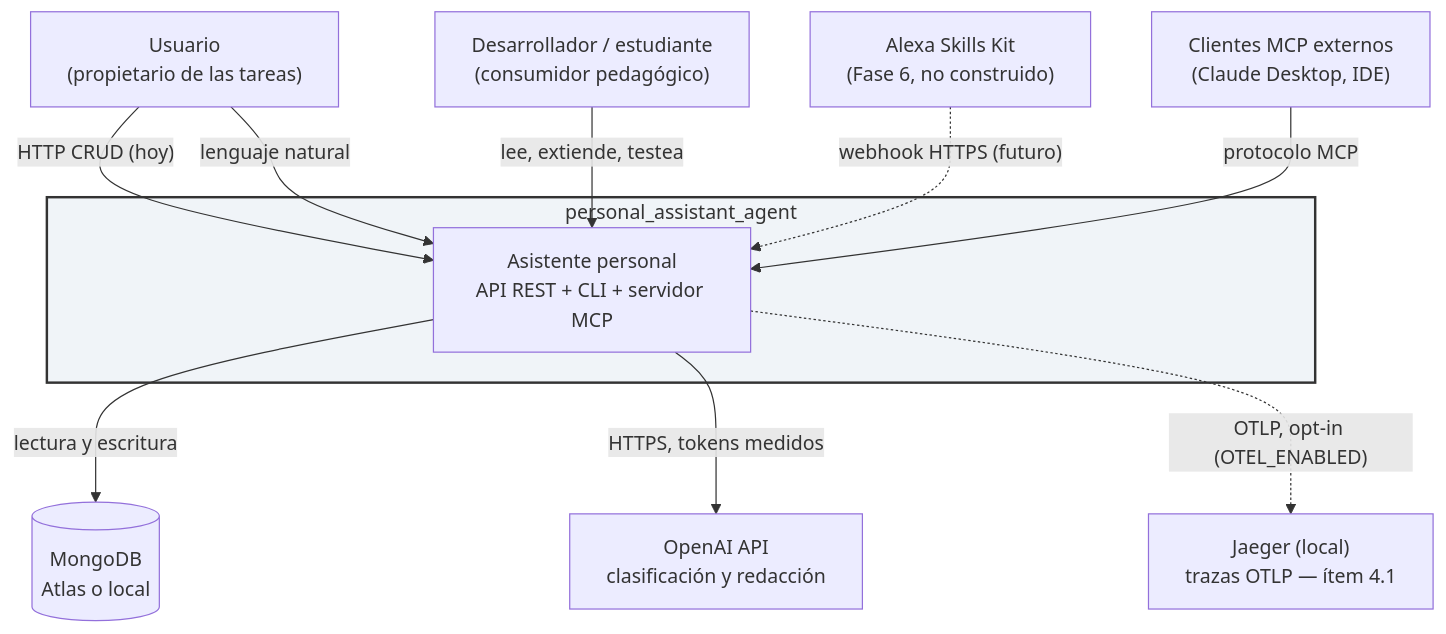
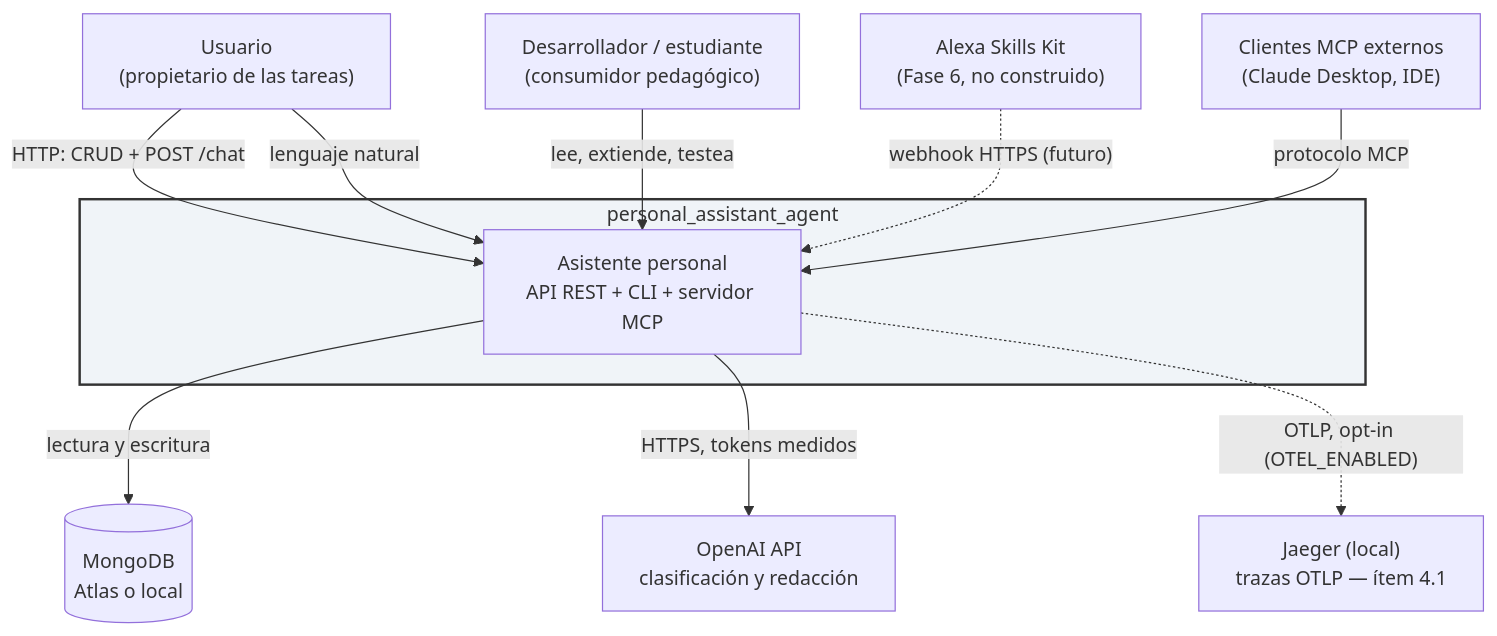
The first of 5 diagrams in docs/arquitectura_solucion.md (AlexisBerrio/personal_assistant_agent), drawn with Mermaid before and after one commit. The commit also changed other lines of this file and 7 other files, not shown here.

Commit message:
feat(api): add POST /chat exposing the orchestrator over HTTP

````diff
--- a/docs/arquitectura_solucion.md
+++ b/docs/arquitectura_solucion.md
@@ -73,27 +74,27 @@
 ```mermaid
 graph TB
     U["Usuario<br/>(propietario de las tareas)"]
     DEV["Desarrollador / estudiante<br/>(consumidor pedagógico)"]
 
     subgraph SYS["personal_assistant_agent"]
         CORE["Asistente personal<br/>API REST + CLI + servidor MCP"]
     end
 
     MDB[("MongoDB<br/>Atlas o local")]
     OAI["OpenAI API<br/>clasificación y redacción"]
     ALX["Alexa Skills Kit<br/>(Fase 6, no construido)"]
     MCPC["Clientes MCP externos<br/>(Claude Desktop, IDE)"]
     OBSB["Jaeger (local)<br/>trazas OTLP — ítem 4.1"]
 
-    U -->|"HTTP CRUD (hoy)"| CORE
+    U -->|"HTTP: CRUD + POST /chat"| CORE
     U -->|"lenguaje natural"| CORE
     DEV -->|"lee, extiende, testea"| CORE
     ALX -.->|"webhook HTTPS (futuro)"| CORE
     MCPC -->|"protocolo MCP"| CORE
 
     CORE -->|"lectura y escritura"| MDB
     CORE -->|"HTTPS, tokens medidos"| OAI
     CORE -.->|"OTLP, opt-in (OTEL_ENABLED)"| OBSB
 
     style SYS fill:#f0f4f8,stroke:#333,stroke-width:2px
 ```
````
